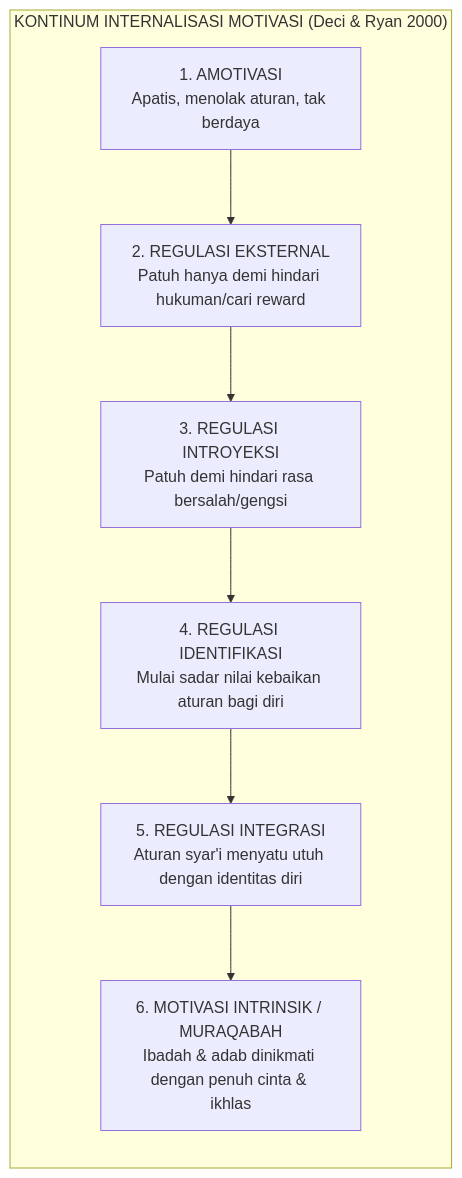
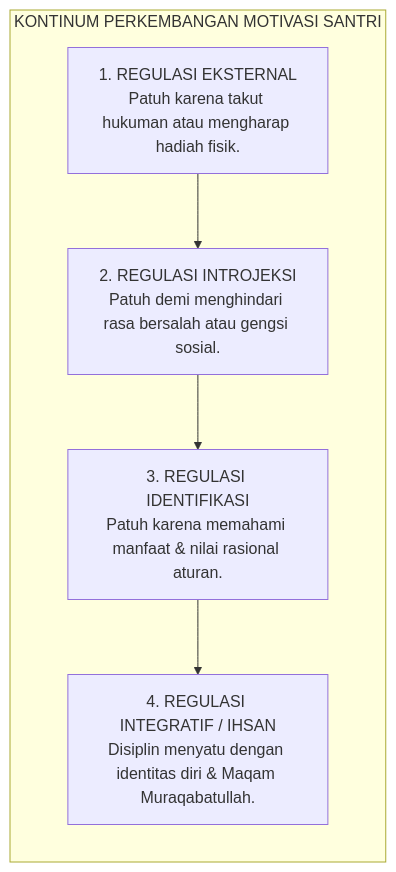
Before and after one commit to wandiapriliyandi/tumbuh: the second of 5 diagrams in 01 Philosophy/02 Human Nature/P1-02-04-Motivasi-Intrinsik-Santri.md, drawn with Mermaid. The commit also changed other lines of this file and 6 other files, not shown here.

````diff
--- a/01 Philosophy/02 Human Nature/P1-02-04-Motivasi-Intrinsik-Santri.md
+++ b/01 Philosophy/02 Human Nature/P1-02-04-Motivasi-Intrinsik-Santri.md
@@ -222,11 +116,9 @@
 ```mermaid
-graph LR
-    subgraph KontinumMotivasiSDT["KONTINUM INTERNALISASI MOTIVASI (Deci & Ryan 2000)"]
-        Amotivasi["1. AMOTIVASI<br/>Apatis, menolak aturan, tak berdaya"]
-        --> Eksternal["2. REGULASI EKSTERNAL<br/>Patuh hanya demi hindari hukuman/cari reward"]
-        --> Introyeksi["3. REGULASI INTROYEKSI<br/>Patuh demi hindari rasa bersalah/gengsi"]
-        --> Identifikasi["4. REGULASI IDENTIFIKASI<br/>Mulai sadar nilai kebaikan aturan bagi diri"]
-        --> Integrasi["5. REGULASI INTEGRASI<br/>Aturan syar'i menyatu utuh dengan identitas diri"]
-        --> Intrinsik["6. MOTIVASI INTRINSIK / MURAQABAH<br/>Ibadah & adab dinikmati dengan penuh cinta & ikhlas"]
+flowchart LR
+    subgraph KontinumMotivasiTUMBUH["KONTINUM PERKEMBANGAN MOTIVASI SANTRI"]
+        R1["1. REGULASI EKSTERNAL<br/>Patuh karena takut hukuman atau mengharap hadiah fisik."]
+        --> R2["2. REGULASI INTROJEKSI<br/>Patuh demi menghindari rasa bersalah atau gengsi sosial."]
+        --> R3["3. REGULASI IDENTIFIKASI<br/>Patuh karena memahami manfaat & nilai rasional aturan."]
+        --> R4["4. REGULASI INTEGRATIF / IHSAN<br/>Disiplin menyatu dengan identitas diri & Maqam Muraqabatullah."]
     end
 ```
````
